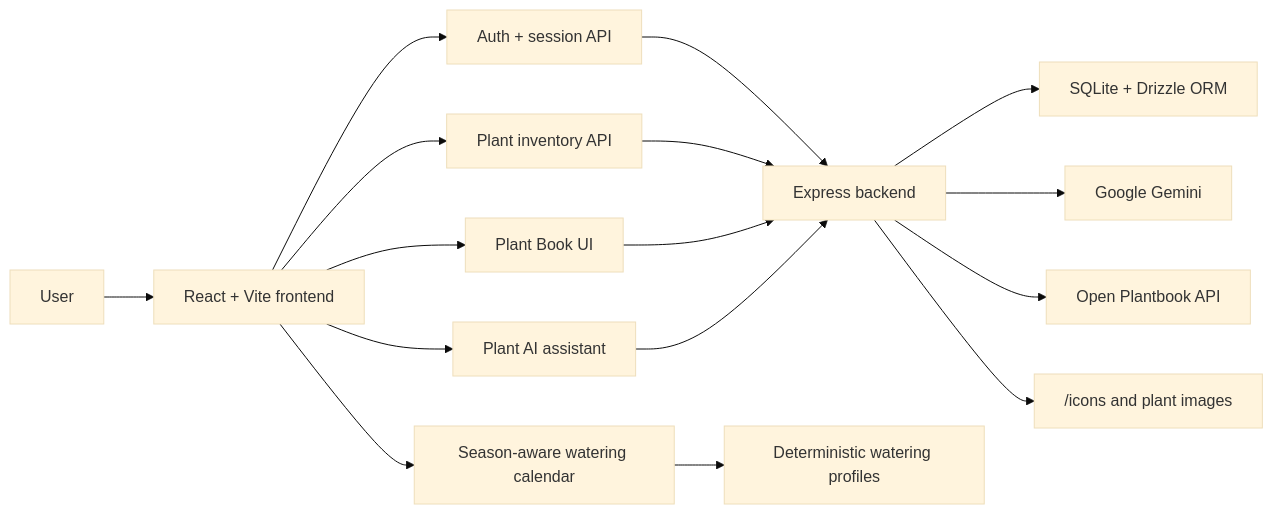
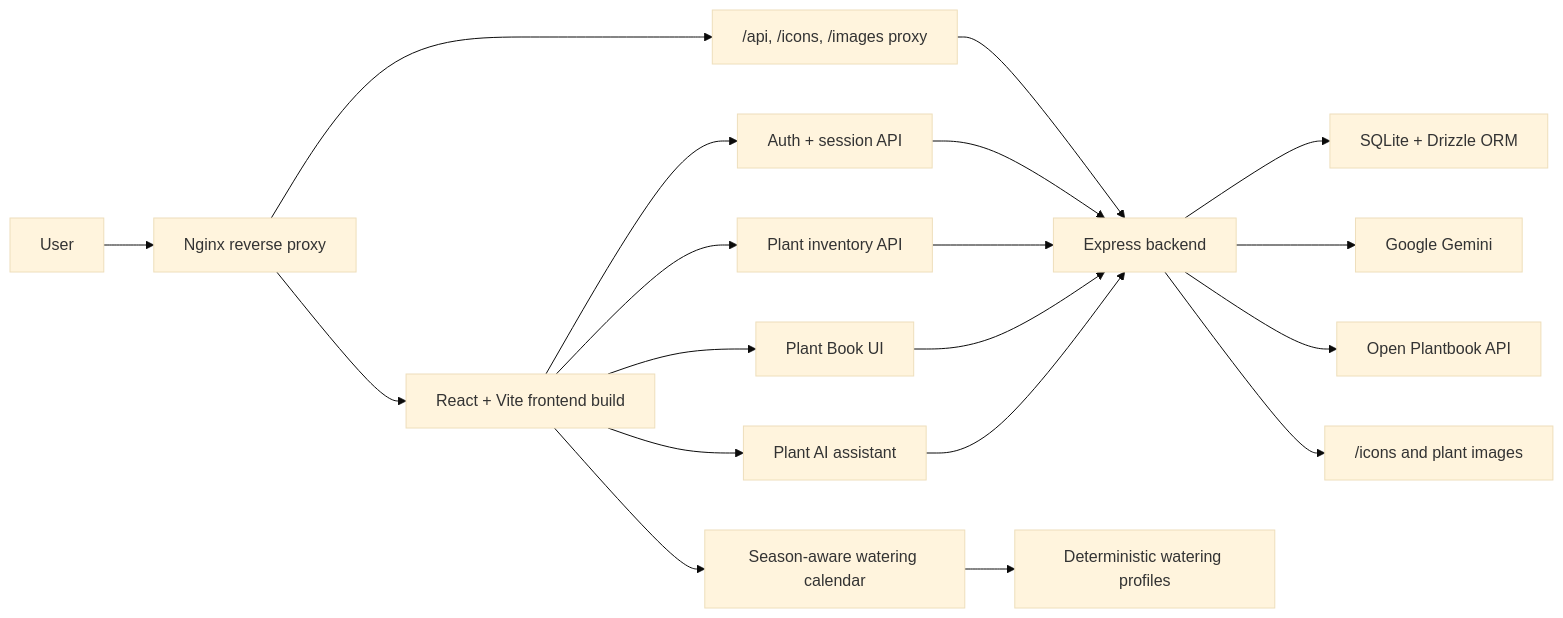
One commit to Sissighn/PlantPulse changed the diagram in README.md. Above: the diagram before and after it, drawn with Mermaid (base theme). The commit also changed other lines of this file, not shown here.

Commit message:
feat(docs): update README with deployment architecture and Nginx reverse proxy details

````diff
--- a/README.md
+++ b/README.md
@@ -112,21 +120,24 @@
 ```mermaid
 flowchart LR
-    User["User"] --> UI["React + Vite frontend"]
+    User["User"] --> Nginx["Nginx reverse proxy"]
+    Nginx --> UI["React + Vite frontend build"]
+    Nginx --> APIProxy["/api, /icons, /images proxy"]
     UI --> Auth["Auth + session API"]
     UI --> Plants["Plant inventory API"]
     UI --> Calendar["Season-aware watering calendar"]
     UI --> Book["Plant Book UI"]
     UI --> Assistant["Plant AI assistant"]
 
+    APIProxy --> Backend["Express backend"]
     Auth --> Backend["Express backend"]
     Plants --> Backend
     Book --> Backend
     Assistant --> Backend
 
     Backend --> SQLite["SQLite + Drizzle ORM"]
     Backend --> Gemini["Google Gemini"]
     Backend --> OpenPlantbook["Open Plantbook API"]
     Backend --> StaticAssets["/icons and plant images"]
 
     Calendar --> Profiles["Deterministic watering profiles"]
 ```
````
